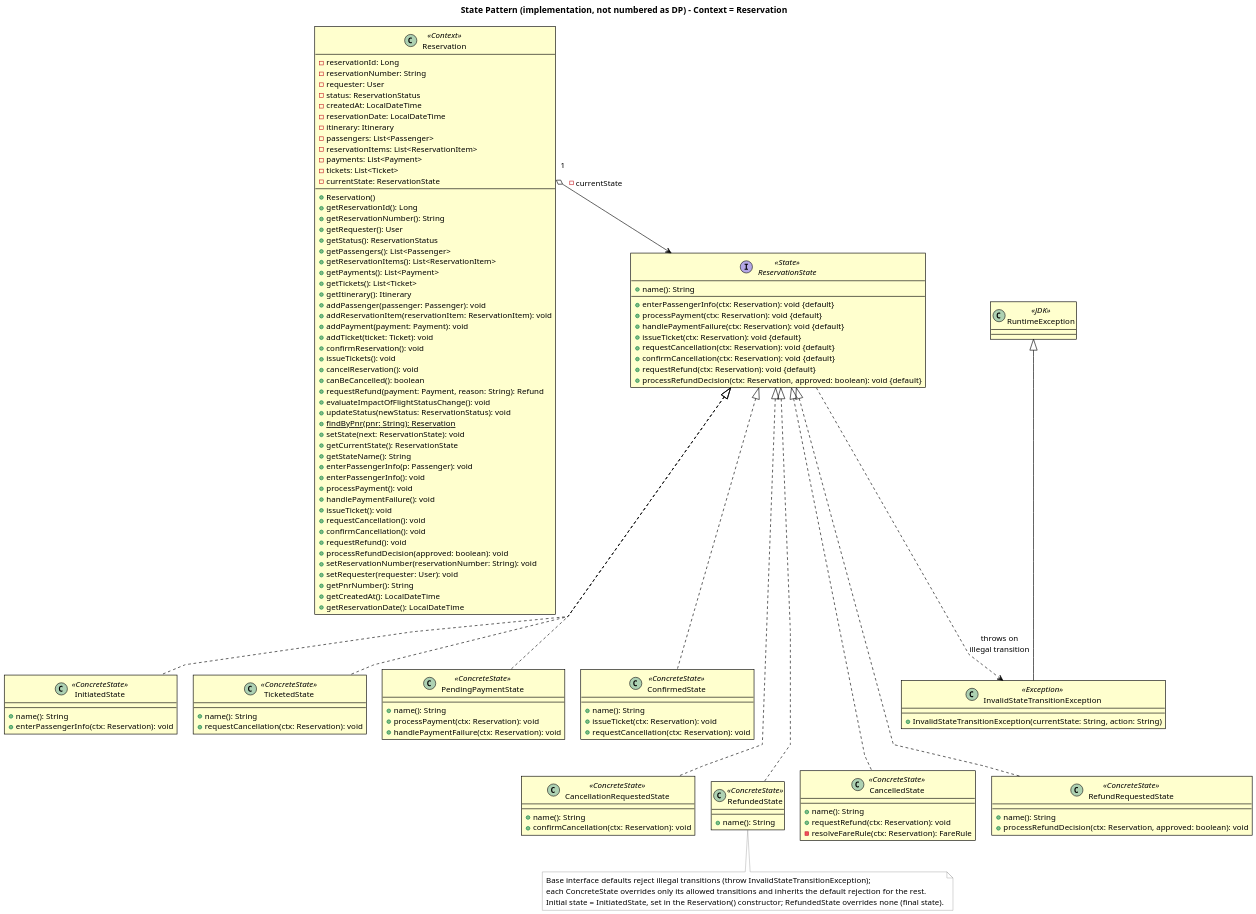
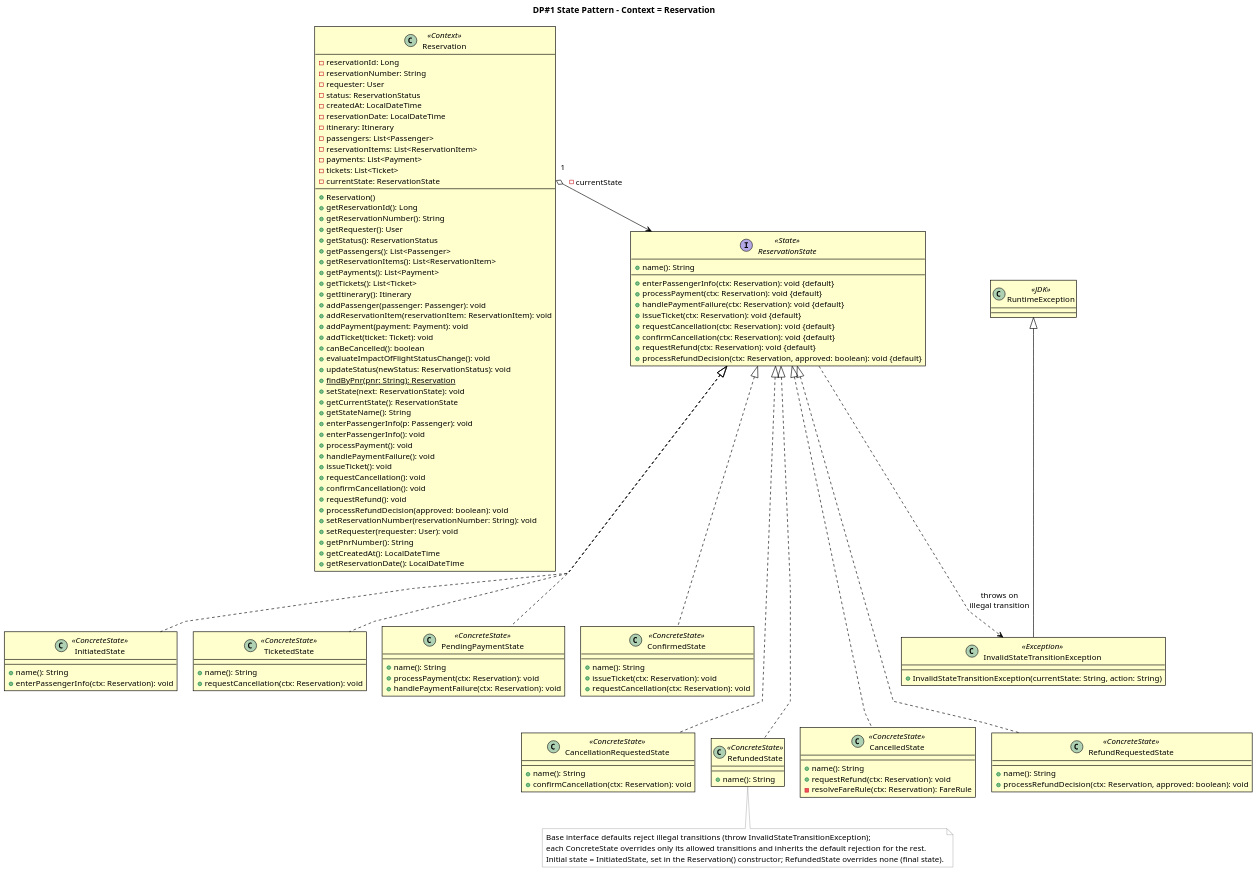
The diagram in docs/diagrams/iter4-puml/en/state-impl.puml (gimjungwook/KoreanAirReservationDomain), drawn with PlantUML before and after one commit. The commit also changed 75 other files, not shown here.

First line of the commit message:
발표 덱·다이어그램·코드 정비 (iter4)

```diff
--- a/docs/diagrams/iter4-puml/en/state-impl.puml
+++ b/docs/diagrams/iter4-puml/en/state-impl.puml
@@ -1,182 +1,178 @@
 @startuml state-impl
 skinparam backgroundColor #FFFFFF
 skinparam shadowing false
 skinparam roundcorner 0
 skinparam linetype polyline
 skinparam nodesep 26
 skinparam ranksep 50
 skinparam defaultFontName "Helvetica Neue"
 skinparam defaultFontSize 13
 skinparam dpi 150
 skinparam class {
   BackgroundColor #FFFFCE
   BorderColor #000000
   BorderThickness 1
   ArrowColor #000000
   ArrowThickness 1
   FontColor #000000
   FontName "Helvetica Neue"
   AttributeFontColor #000000
   AttributeFontName "Helvetica Neue"
   StereotypeFontColor #000000
 }
 skinparam note {
   BackgroundColor #FFFFFF
   BorderColor #777777
   FontColor #000000
 }
 
-title State Pattern (implementation, not numbered as DP) - Context = Reservation
+title DP#1 State Pattern - Context = Reservation
 
 class Reservation <<Context>> {
   -reservationId: Long
   -reservationNumber: String
   -requester: User
   -status: ReservationStatus
   -createdAt: LocalDateTime
   -reservationDate: LocalDateTime
   -itinerary: Itinerary
   -passengers: List<Passenger>
   -reservationItems: List<ReservationItem>
   -payments: List<Payment>
   -tickets: List<Ticket>
   -currentState: ReservationState
   --
   +Reservation()
   +getReservationId(): Long
   +getReservationNumber(): String
   +getRequester(): User
   +getStatus(): ReservationStatus
   +getPassengers(): List<Passenger>
   +getReservationItems(): List<ReservationItem>
   +getPayments(): List<Payment>
   +getTickets(): List<Ticket>
   +getItinerary(): Itinerary
   +addPassenger(passenger: Passenger): void
   +addReservationItem(reservationItem: ReservationItem): void
   +addPayment(payment: Payment): void
   +addTicket(ticket: Ticket): void
-  +confirmReservation(): void
-  +issueTickets(): void
-  +cancelReservation(): void
   +canBeCancelled(): boolean
-  +requestRefund(payment: Payment, reason: String): Refund
   +evaluateImpactOfFlightStatusChange(): void
   +updateStatus(newStatus: ReservationStatus): void
   +findByPnr(pnr: String): Reservation {static}
   +setState(next: ReservationState): void
   +getCurrentState(): ReservationState
   +getStateName(): String
   +enterPassengerInfo(p: Passenger): void
   +enterPassengerInfo(): void
   +processPayment(): void
   +handlePaymentFailure(): void
   +issueTicket(): void
   +requestCancellation(): void
   +confirmCancellation(): void
   +requestRefund(): void
   +processRefundDecision(approved: boolean): void
   +setReservationNumber(reservationNumber: String): void
   +setRequester(requester: User): void
   +getPnrNumber(): String
   +getCreatedAt(): LocalDateTime
   +getReservationDate(): LocalDateTime
 }
 
 interface ReservationState <<State>> {
   +name(): String
   --
   +enterPassengerInfo(ctx: Reservation): void {default}
   +processPayment(ctx: Reservation): void {default}
   +handlePaymentFailure(ctx: Reservation): void {default}
   +issueTicket(ctx: Reservation): void {default}
   +requestCancellation(ctx: Reservation): void {default}
   +confirmCancellation(ctx: Reservation): void {default}
   +requestRefund(ctx: Reservation): void {default}
   +processRefundDecision(ctx: Reservation, approved: boolean): void {default}
 }
 
 class InvalidStateTransitionException <<Exception>> {
   +InvalidStateTransitionException(currentState: String, action: String)
 }
 class RuntimeException <<JDK>> {
 }
 
 ' Concrete states laid out as two rows of four (top row = forward/happy path,
 ' bottom row = cancellation / refund branch) so the eight realization arrows fan
 ' symmetrically into ReservationState instead of overflowing one wide row.
 together {
   class InitiatedState <<ConcreteState>> {
     +name(): String
     +enterPassengerInfo(ctx: Reservation): void
   }
   class PendingPaymentState <<ConcreteState>> {
     +name(): String
     +processPayment(ctx: Reservation): void
     +handlePaymentFailure(ctx: Reservation): void
   }
   class ConfirmedState <<ConcreteState>> {
     +name(): String
     +issueTicket(ctx: Reservation): void
     +requestCancellation(ctx: Reservation): void
   }
   class TicketedState <<ConcreteState>> {
     +name(): String
     +requestCancellation(ctx: Reservation): void
   }
 }
 
 together {
   class CancellationRequestedState <<ConcreteState>> {
     +name(): String
     +confirmCancellation(ctx: Reservation): void
   }
   class CancelledState <<ConcreteState>> {
     +name(): String
     +requestRefund(ctx: Reservation): void
     -resolveFareRule(ctx: Reservation): FareRule
   }
   class RefundRequestedState <<ConcreteState>> {
     +name(): String
     +processRefundDecision(ctx: Reservation, approved: boolean): void
   }
   class RefundedState <<ConcreteState>> {
     +name(): String
   }
 }
 
 ' Context HOLDS-A current state (the -currentState field). Anchored from the field
 ' to ReservationState's left side and forced rightward so the aggregation diamond
 ' stays clear of the realization fan that joins the ConcreteStates below.
 Reservation::currentState "1" o-right-> ReservationState : -currentState
 
 ' Each interface default throws InvalidStateTransitionException (base reject path);
 ' kept to the right of the interface so the dependency never crosses the realizations.
 ReservationState ..> InvalidStateTransitionException : throws on\nillegal transition
 RuntimeException <|-- InvalidStateTransitionException
 
 ' Eight realizations fan downward into the interface. Only the top row realizes
 ' directly; the bottom row is pinned one rank lower via hidden edges (below) so the
 ' eight boxes form a 4+4 grid instead of one over-wide row, keeping single-page fit.
 ReservationState <|.. InitiatedState
 ReservationState <|.. PendingPaymentState
 ReservationState <|.. ConfirmedState
 ReservationState <|.. TicketedState
 ReservationState <|.. CancellationRequestedState
 ReservationState <|.. CancelledState
 ReservationState <|.. RefundRequestedState
 ReservationState <|.. RefundedState
 
 ' Layout pins: keep each row left-to-right in lifecycle order, and stack the
 ' cancellation/refund row one rank below the forward row (hidden, no glyph).
 InitiatedState -[hidden]right- PendingPaymentState
 PendingPaymentState -[hidden]right- ConfirmedState
 ConfirmedState -[hidden]right- TicketedState
 CancellationRequestedState -[hidden]right- CancelledState
 CancelledState -[hidden]right- RefundRequestedState
 RefundRequestedState -[hidden]right- RefundedState
 InitiatedState -[hidden]down- CancellationRequestedState
 TicketedState -[hidden]down- RefundedState
 
 note bottom of RefundedState : Base interface defaults reject illegal transitions (throw InvalidStateTransitionException);\neach ConcreteState overrides only its allowed transitions and inherits the default rejection for the rest.\nInitial state = InitiatedState, set in the Reservation() constructor; RefundedState overrides none (final state).
 @enduml
```
